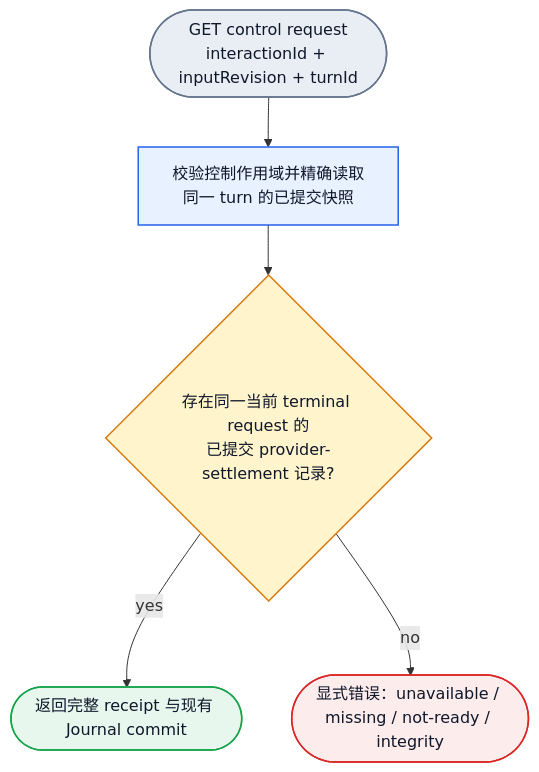
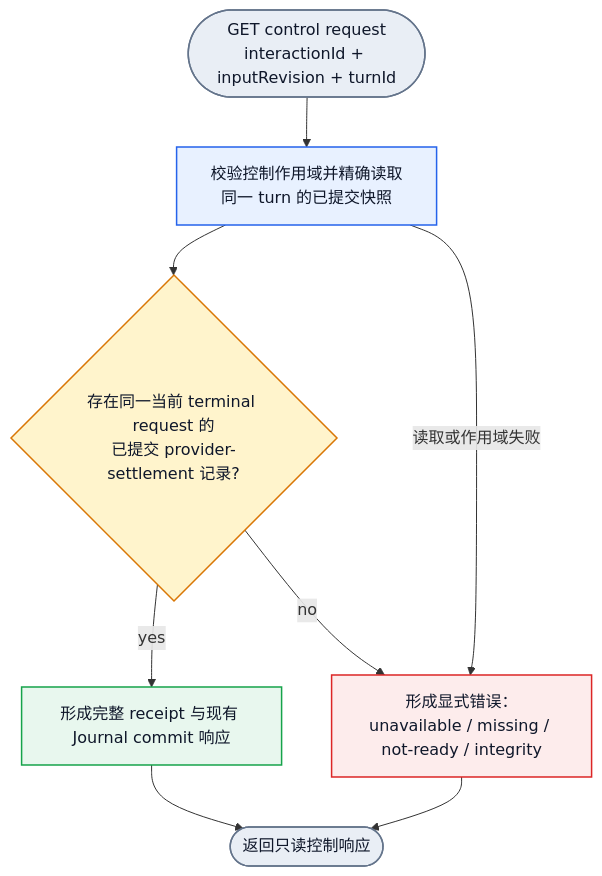
One commit to Jasonzhangf/HumanAgents changed the second of 2 diagrams in docs/architecture/taskless-provider-settlement-design-2026-10-18.md. Above: the diagram before and after it, drawn with Mermaid. The commit also changed other lines of this file, not shown here.

````diff
--- a/docs/architecture/taskless-provider-settlement-design-2026-10-18.md
+++ b/docs/architecture/taskless-provider-settlement-design-2026-10-18.md
@@ -218,18 +224,22 @@
 ```mermaid
 flowchart TD
   G([GET control request<br/>interactionId + inputRevision + turnId]):::boundary
   V[校验控制作用域并精确读取同一 turn 的已提交快照]:::action
   D{存在同一当前 terminal request 的<br/>已提交 provider-settlement 记录?}:::decision
-  R([返回完整 receipt 与现有 Journal commit]):::success
-  E([显式错误：unavailable / missing / not-ready / integrity]):::failure
+  R[形成完整 receipt 与现有 Journal commit 响应]:::success
+  E[形成显式错误：unavailable / missing / not-ready / integrity]:::failure
+  O([返回只读控制响应]):::boundary
 
   G --> V --> D
+  V -->|读取或作用域失败| E
   D -->|yes| R
   D -->|no| E
+  R --> O
+  E --> O
 
   classDef boundary fill:#E9EEF5,stroke:#64748B,color:#0F172A,stroke-width:1.5px
   classDef action fill:#E8F1FF,stroke:#2563EB,color:#0F172A,stroke-width:1.5px
   classDef decision fill:#FFF4CC,stroke:#D97706,color:#0F172A,stroke-width:1.5px
   classDef success fill:#E8F7EE,stroke:#16A34A,color:#0F172A,stroke-width:1.5px
   classDef failure fill:#FDECEC,stroke:#DC2626,color:#0F172A,stroke-width:1.5px
 ```
````
